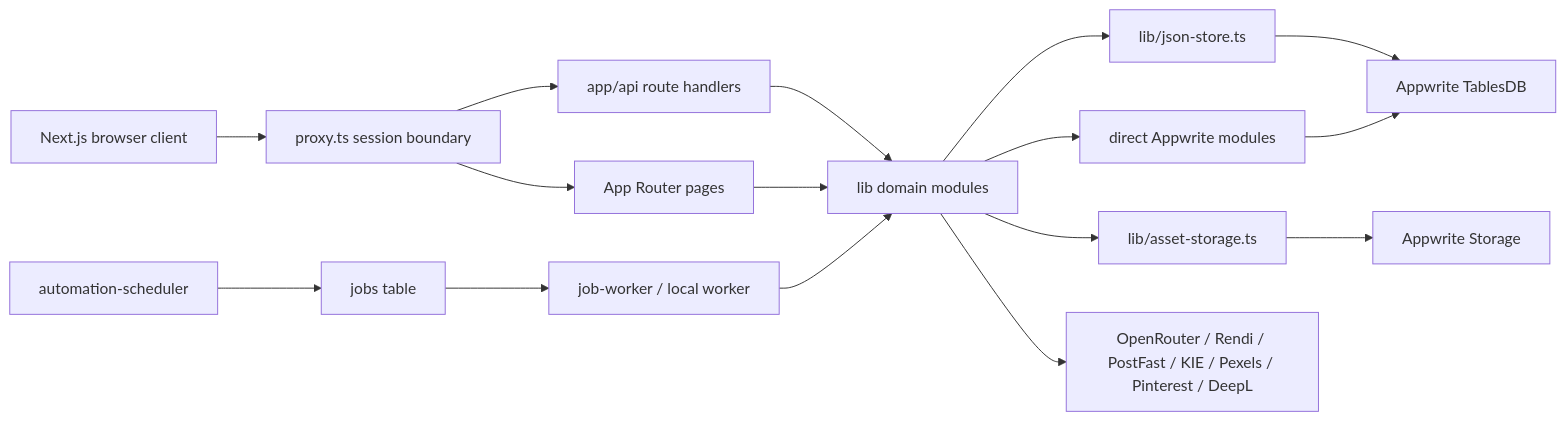
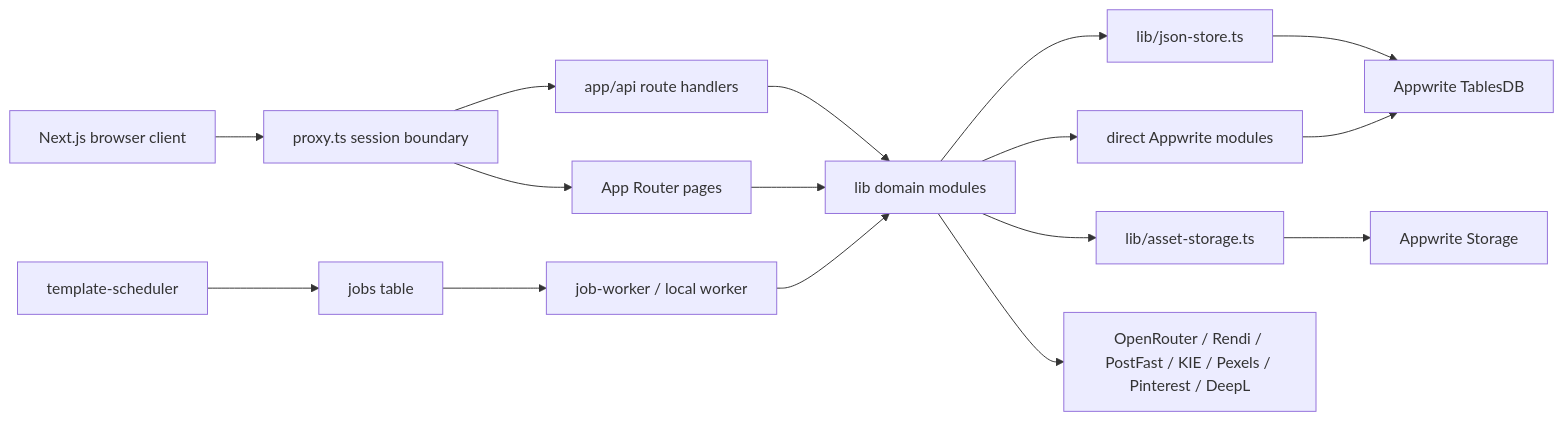
One commit to xk1234/cfarm changed the first of 2 diagrams in docs/data/backend-architecture.md. Above: the diagram before and after it, drawn with Mermaid. The commit also changed other lines of this file and 213 other files, not shown here.

````diff
--- a/docs/data/backend-architecture.md
+++ b/docs/data/backend-architecture.md
@@ -16,21 +16,21 @@
 ```mermaid
 flowchart LR
     Browser["Next.js browser client"] --> Proxy["proxy.ts session boundary"]
     Proxy --> Pages["App Router pages"]
     Proxy --> Routes["app/api route handlers"]
 
     Routes --> Domain["lib domain modules"]
     Pages --> Domain
-    Scheduler["automation-scheduler"] --> Jobs["jobs table"]
+    Scheduler["template-scheduler"] --> Jobs["jobs table"]
     Jobs --> Worker["job-worker / local worker"]
     Worker --> Domain
 
     Domain --> JsonStore["lib/json-store.ts"]
     Domain --> DirectStores["direct Appwrite modules"]
     JsonStore --> Tables["Appwrite TablesDB"]
     DirectStores --> Tables
     Domain --> Assets["lib/asset-storage.ts"]
     Assets --> Storage["Appwrite Storage"]
 
     Domain --> Providers["OpenRouter / Rendi / PostFast / KIE / Pexels / Pinterest / DeepL"]
 ```
````
